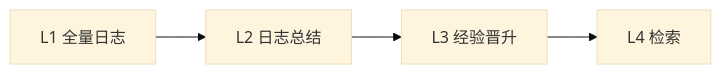
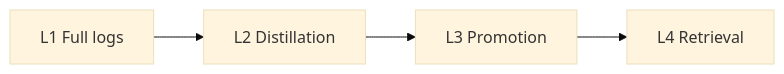
Before and after one commit to 398894496-arch/runtime36: the diagram in README.md, drawn with Mermaid (base theme). The commit also changed other lines of this file and 21 other files, not shown here.

````diff
--- a/README.md
+++ b/README.md
@@ -15,4 +15,4 @@
 ```mermaid
 flowchart LR
-  L1[L1 全量日志] --> L2[L2 日志总结] --> L3[L3 经验晋升] --> L4[L4 检索]
+  L1[L1 Full logs] --> L2[L2 Distillation] --> L3[L3 Promotion] --> L4[L4 Retrieval]
 ```
````
